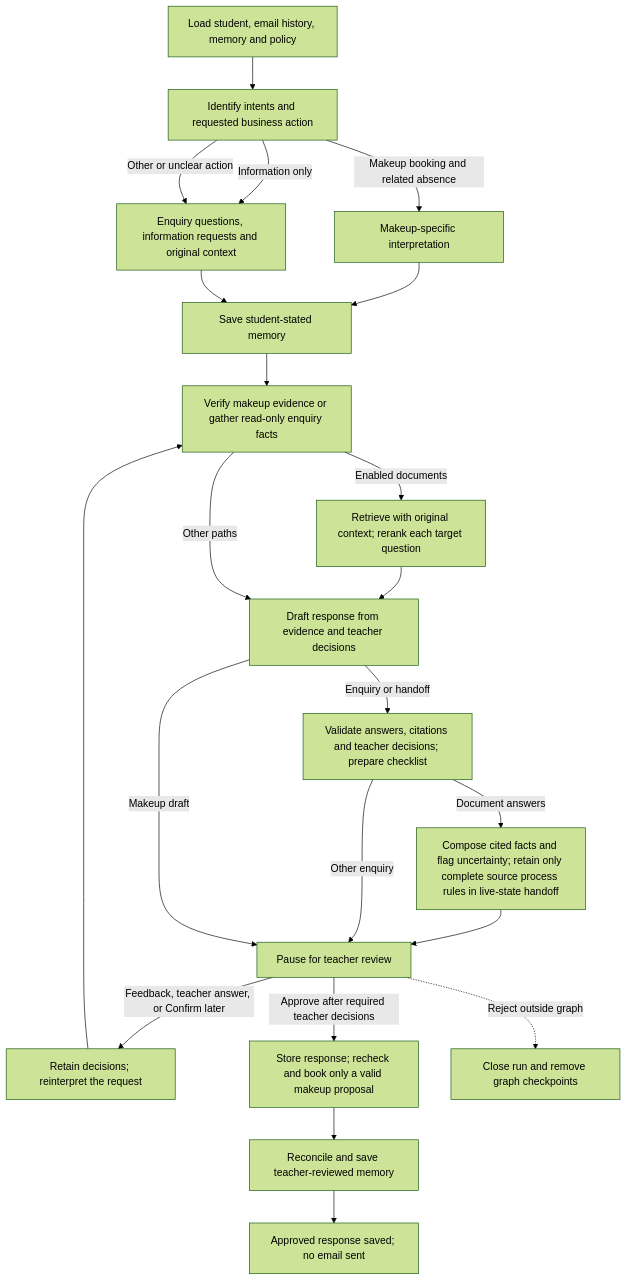
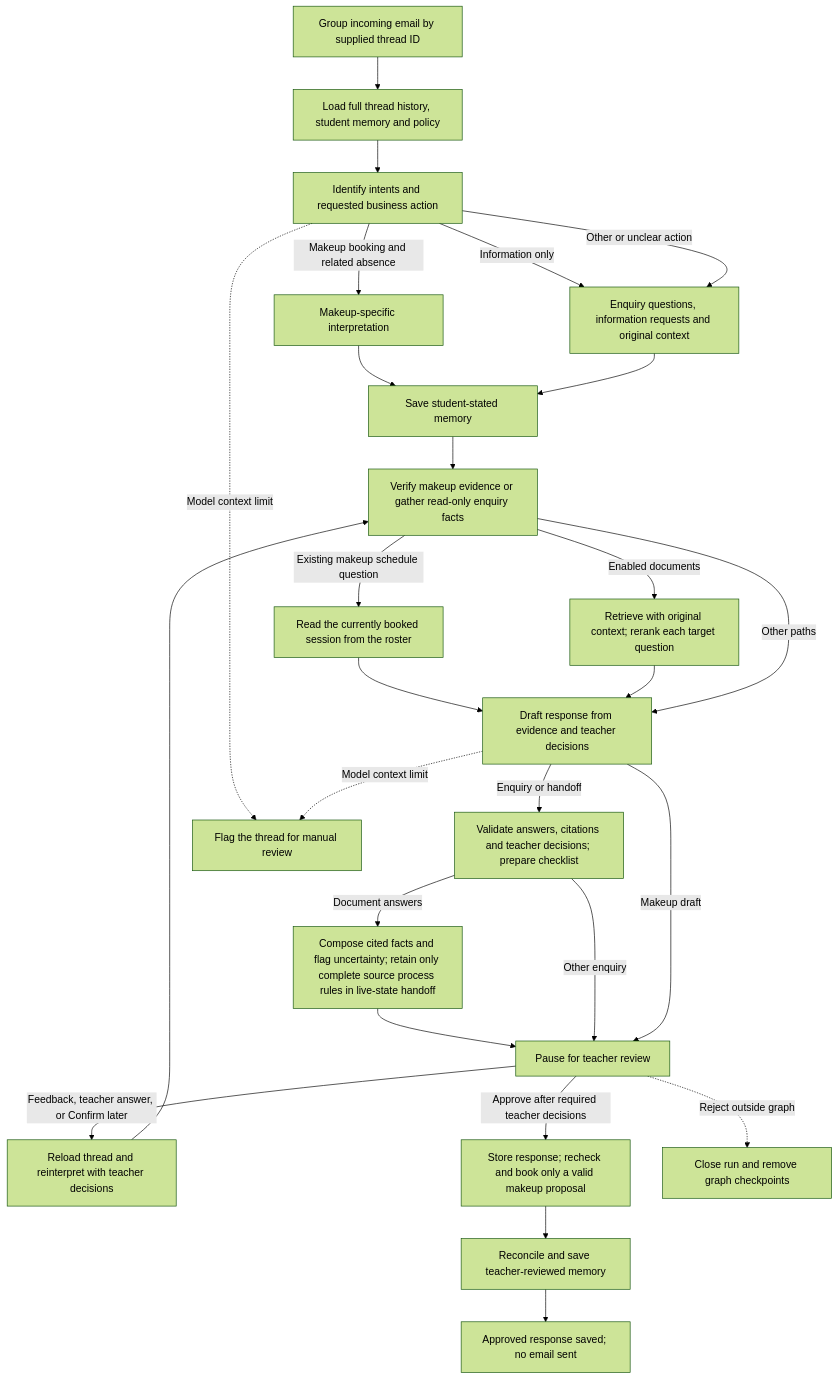
The diagram in docs/03-makeup-workflow.md (manjunjiangclara-cmyk/dance-studio-agent), drawn with Mermaid (forest theme) before and after one commit. The commit also changed other lines of this file and 25 other files, not shown here.

Commit message:
Support full-thread email intake and makeup follow-ups

````diff
--- a/docs/03-makeup-workflow.md
+++ b/docs/03-makeup-workflow.md
@@ -7,24 +7,29 @@
 ```mermaid
 flowchart TD
-    A[Load student, email history, memory and policy] --> R[Identify intents and requested business action]
+    T[Group incoming email by supplied thread ID] --> A[Load full thread history, student memory and policy]
+    A --> R[Identify intents and requested business action]
     R -->|Makeup booking and related absence| B[Makeup-specific interpretation]
     R -->|Information only| X[Enquiry questions, information requests and original context]
     R -->|Other or unclear action| X
     B --> C[Save student-stated memory]
     X --> C
     C --> D[Verify makeup evidence or gather read-only enquiry facts]
+    D -->|Existing makeup schedule question| D2[Read the currently booked session from the roster]
+    D2 --> E
     D -->|Enabled documents| D1[Retrieve with original context; rerank each target question]
     D1 --> E[Draft response from evidence and teacher decisions]
     D -->|Other paths| E
     E -->|Enquiry or handoff| K["Validate answers, citations and teacher decisions; prepare checklist"]
     K -->|Document answers| K1["Compose cited facts and flag uncertainty; retain only complete source process rules in live-state handoff"]
     K1 --> F[Pause for teacher review]
     K -->|Other enquiry| F
     E -->|Makeup draft| F
-    F -->|Feedback, teacher answer, or Confirm later| V[Retain decisions; reinterpret the request]
+    F -->|Feedback, teacher answer, or Confirm later| V[Reload thread and reinterpret with teacher decisions]
     V --> D
     F -->|Approve after required teacher decisions| G[Store response; recheck and book only a valid makeup proposal]
     G --> H[Reconcile and save teacher-reviewed memory]
     H --> J[Approved response saved; no email sent]
     F -.->|Reject outside graph| I[Close run and remove graph checkpoints]
+    R -.->|Model context limit| M[Flag the thread for manual review]
+    E -.->|Model context limit| M
 ```
````
